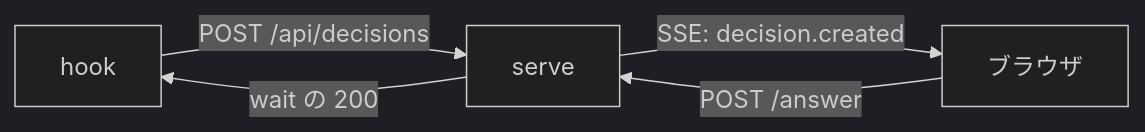
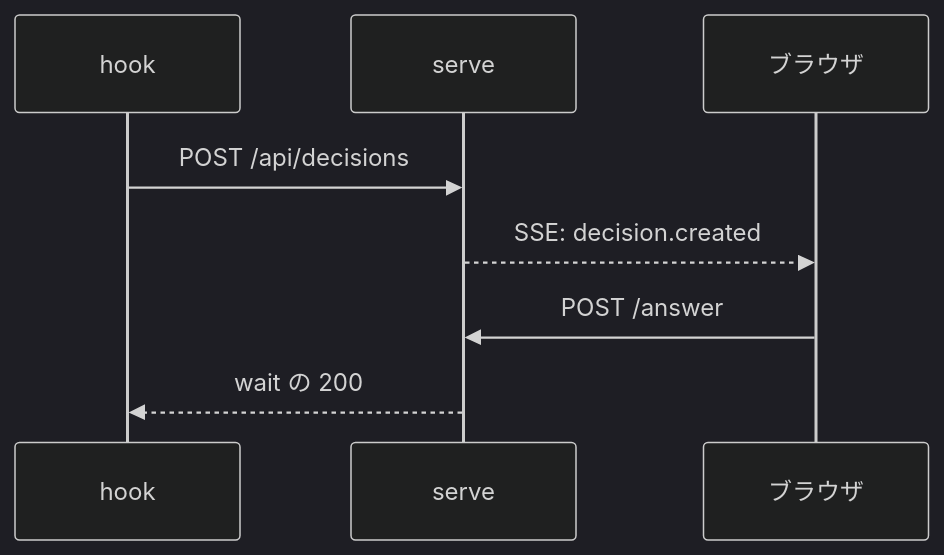
One commit to Asugawara/ukagai changed the diagram in test/explain-fixtures/fail-recommend-name.md. Above: the diagram before and after it, drawn with Mermaid (dark theme). The commit also changed 21 other files, not shown here.

````diff
--- a/test/explain-fixtures/fail-recommend-name.md
+++ b/test/explain-fixtures/fail-recommend-name.md
@@ -27,7 +27,7 @@
 ```mermaid
-flowchart LR
-  H[hook] -->|POST /api/decisions| S[serve]
-  S -->|SSE: decision.created| B[ブラウザ]
-  B -->|POST /answer| S
-  S -->|wait の 200| H
+sequenceDiagram
+  hook->>serve: POST /api/decisions
+  serve-->>ブラウザ: SSE: decision.created
+  ブラウザ->>serve: POST /answer
+  serve-->>hook: wait の 200
 ```
````
